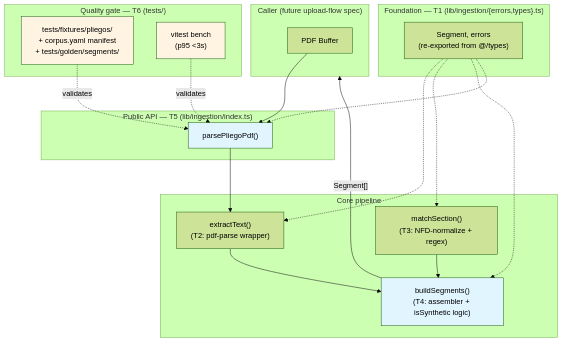
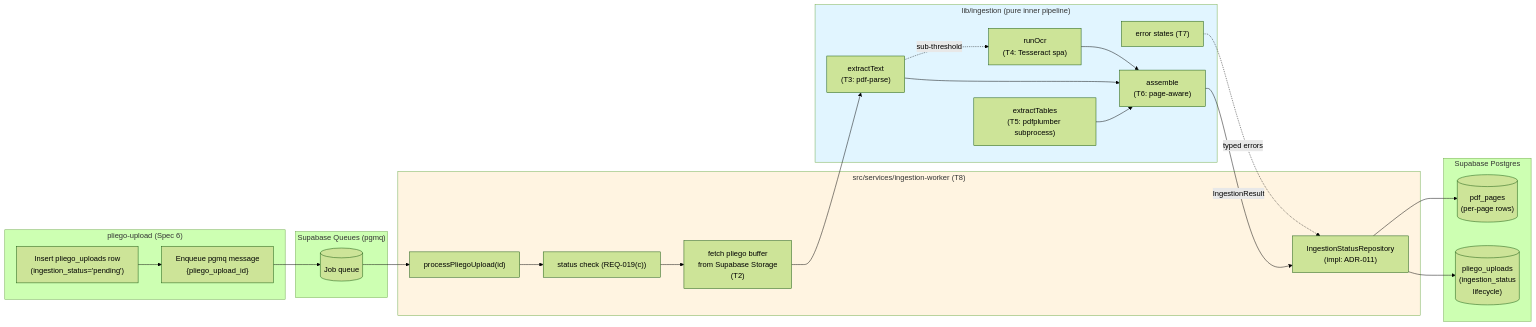
One commit to agentezai/coltratos changed the first of 3 diagrams in docs/pdf-ingestion/feat/00-overview.md. Above: the diagram before and after it, drawn with Mermaid (forest theme). The commit also changed other lines of this file and 24 other files, not shown here.

First line of the commit message:
docs(pdf-ingestion): rev 4 — queue-worker pipeline, OCR, tables, bench

````diff
--- a/docs/pdf-ingestion/feat/00-overview.md
+++ b/docs/pdf-ingestion/feat/00-overview.md
@@ -18,42 +18,49 @@
 ```mermaid
-flowchart TD
-    subgraph Caller["Caller (future upload-flow spec)"]
-        Buf["PDF Buffer"]
+flowchart LR
+    subgraph Upload["pliego-upload (Spec 6)"]
+        UploadInsert["Insert pliego_uploads row\n(ingestion_status='pending')"]
+        Enqueue["Enqueue pgmq message\n{pliego_upload_id}"]
     end
 
-    subgraph Public["Public API — T5 (lib/ingestion/index.ts)"]
-        Entry["parsePliegoPdf()"]
+    subgraph Queue["Supabase Queues (pgmq)"]
+        Q[("Job queue")]
     end
 
-    subgraph Core["Core pipeline"]
-        Extract["extractText()\n(T2: pdf-parse wrapper)"]
-        Categorize["matchSection()\n(T3: NFD-normalize + regex)"]
-        Segment["buildSegments()\n(T4: assembler + isSynthetic logic)"]
+    subgraph Worker["src/services/ingestion-worker (T8)"]
+        Entry["processPliegoUpload(id)"]
+        StatusCheck["status check (REQ-019(c))"]
+        Fetch["fetch pliego buffer\nfrom Supabase Storage\n(T2)"]
+        Repo["IngestionStatusRepository\n(impl: ADR-011)"]
     end
 
-    subgraph Foundation["Foundation — T1 (lib/ingestion/{errors,types}.ts)"]
-        Types["Segment, errors\n(re-exported from @/types)"]
+    subgraph Inner["lib/ingestion (pure inner pipeline)"]
+        Text["extractText\n(T3: pdf-parse)"]
+        Ocr["runOcr\n(T4: Tesseract spa)"]
+        Tables["extractTables\n(T5: pdfplumber subprocess)"]
+        Assemble["assemble\n(T6: page-aware)"]
+        Errors["error states (T7)"]
     end
 
-    subgraph Quality["Quality gate — T6 (tests/)"]
-        Corpus["tests/fixtures/pliegos/\n+ corpus.yaml manifest\n+ tests/golden/segments/"]
-        Bench["vitest bench\n(p95 <3s)"]
+    subgraph DB["Supabase Postgres"]
+        PagesT[("pdf_pages\n(per-page rows)")]
+        UploadsT[("pliego_uploads\n(ingestion_status\nlifecycle)")]
     end
 
-    Buf --> Entry
-    Entry --> Extract
-    Extract --> Segment
-    Categorize --> Segment
-    Segment -->|"Segment[]"| Caller
-    Types -.-> Extract
-    Types -.-> Categorize
-    Types -.-> Segment
-    Types -.-> Entry
-    Corpus -.->|"validates"| Entry
-    Bench -.->|"validates"| Entry
+    UploadInsert --> Enqueue
+    Enqueue --> Q
+    Q --> Entry
+    Entry --> StatusCheck
+    StatusCheck --> Fetch
+    Fetch --> Text
+    Text -. sub-threshold .-> Ocr
+    Ocr --> Assemble
+    Text --> Assemble
+    Tables --> Assemble
+    Errors -. typed errors .-> Repo
+    Assemble -->|"IngestionResult"| Repo
+    Repo --> PagesT
+    Repo --> UploadsT
 
-    style Entry fill:#e1f5ff
-    style Segment fill:#e1f5ff
-    style Corpus fill:#fff4e1
-    style Bench fill:#fff4e1
+    style Inner fill:#e1f5ff
+    style Worker fill:#fff4e1
 ```
````
